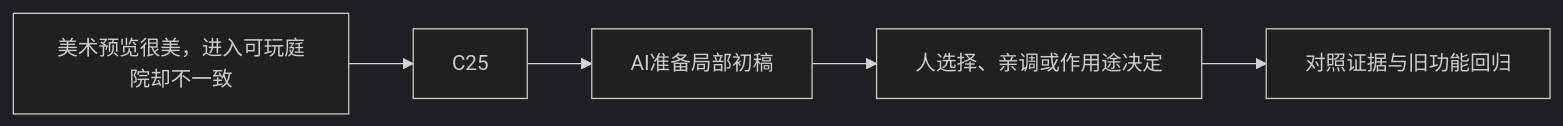
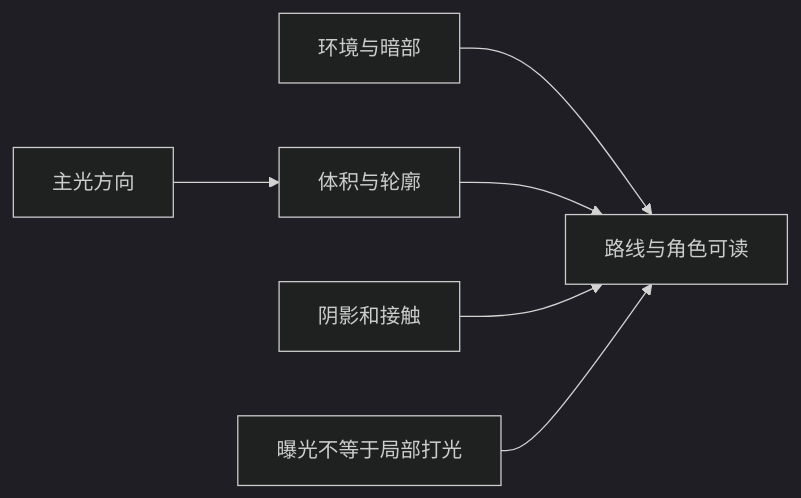
The diagram in curriculum/lessons/I06.md (Zilur/ai-3d-game-learning), drawn with Mermaid (dark theme) before and after one commit. The commit also changed other lines of this file and 164 other files, not shown here.

Commit message:
docs: publish 47 step-by-step AI lesson flows, world upgrade and optional training corner

````diff
--- a/curriculum/lessons/I06.md
+++ b/curriculum/lessons/I06.md
@@ -38,7 +35,8 @@
 ```mermaid
 flowchart LR
-  S["美术预览很美，进入可玩庭院却不一致"] --> K["C25"]
-  K --> AI["AI准备局部初稿"]
-  AI --> H["人选择、亲调或作用途决定"]
-  H --> V["对照证据与旧功能回归"]
+ K["主光方向"] --> V["体积与轮廓"]
+ F["环境与暗部"] --> R["路线与角色可读"]
+ V --> R
+ S["阴影和接触"] --> R
+ E["曝光不等于局部打光"] --> R
 ```
````
